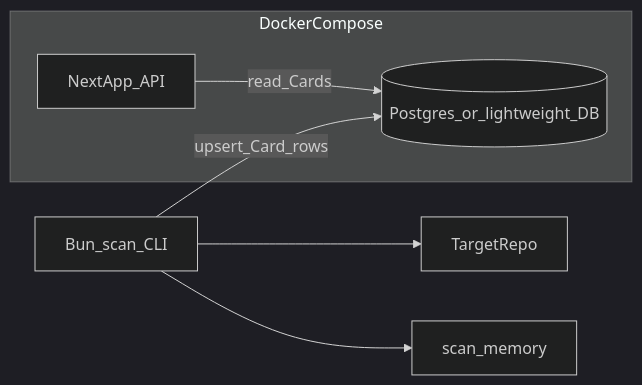
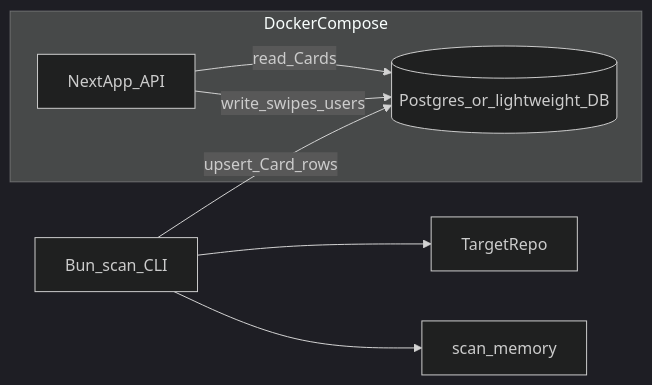
One commit to DmitryPR/codepiece changed the diagram in plan/INITIAL.md. Above: the diagram before and after it, drawn with Mermaid (dark theme). The commit also changed other lines of this file and 1 other file, not shown here.

First line of the commit message:
Docs: Next.js persists ratings/swipes to shared DB

````diff
--- a/plan/INITIAL.md
+++ b/plan/INITIAL.md
@@ -23,14 +23,15 @@
 ```mermaid
 flowchart LR
   subgraph docker [DockerCompose]
     web[NextApp_API]
     db[(Postgres_or_lightweight_DB)]
   end
   cli[Bun_scan_CLI]
   mem[scan_memory]
   repo[TargetRepo]
   cli --> repo
   cli --> mem
   cli -->|"upsert_Card_rows"| db
   web -->|"read_Cards"| db
+  web -->|"write_swipes_users"| db
 ```
````
